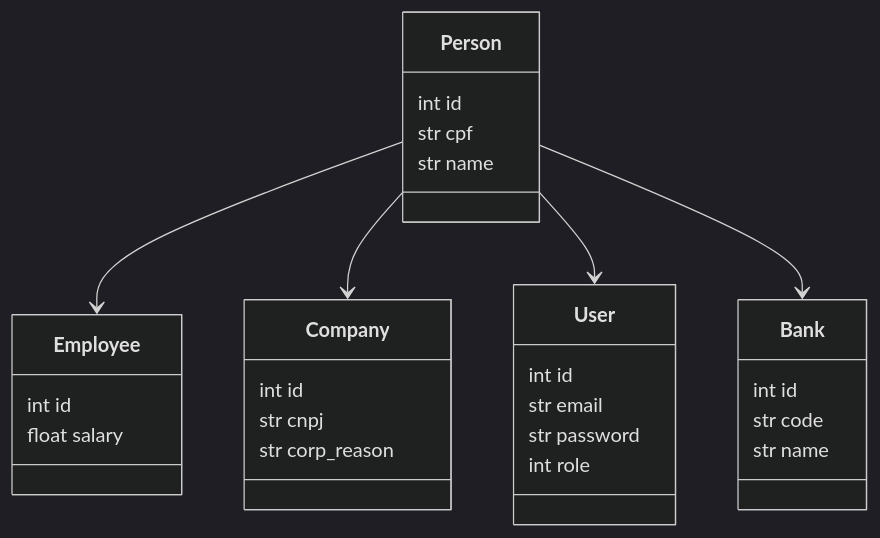
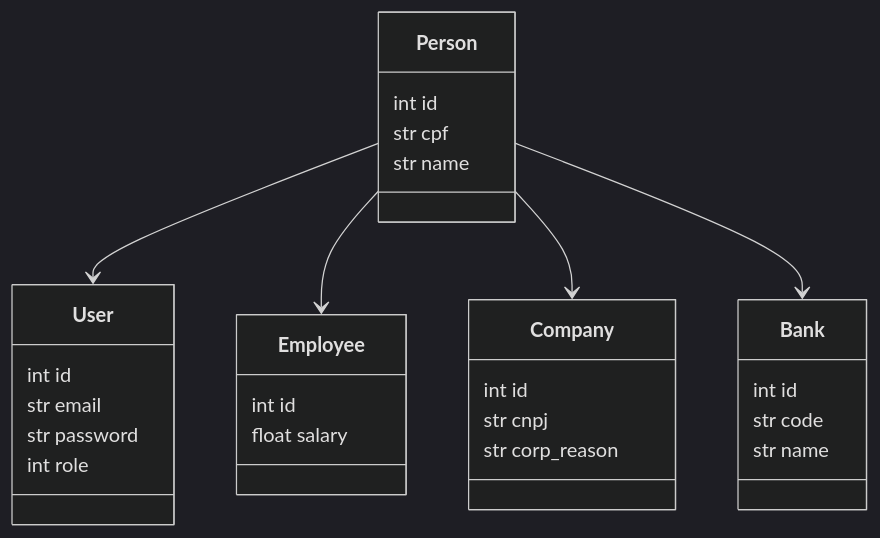
The diagram in README.md (artphil/auto_credit), drawn with Mermaid (dark theme) before and after one commit. The commit also changed other lines of this file, not shown here.

````diff
--- a/README.md
+++ b/README.md
@@ -39,22 +39,22 @@
 ```mermaid
 classDiagram
 Person: int id
 Person: str cpf
 Person: str name
 User: int id
 User: str email
 User: str password
 User: int role
 Company: int id
 Company: str cnpj
 Company: str corp_reason
 Employee: int id
 Employee: float salary
 Bank: int id
 Bank: str code
 Bank: str name
+Person --> User
 Person --> Employee
 Person --> Company
-Person --> User
 Person --> Bank
 ```
````
